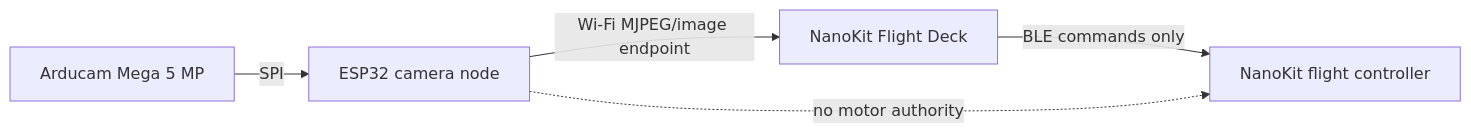
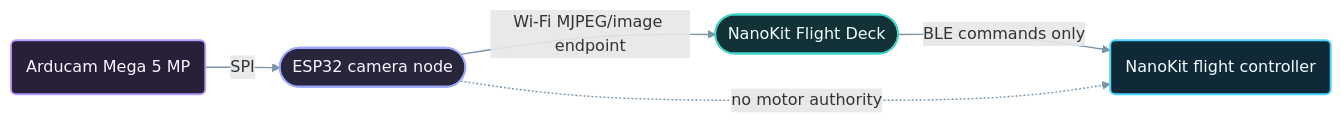
One commit to ProAmineOfficial/NanoKit-ESP32 changed the second of 2 diagrams in open_source_projects/nanokit_drone_4x_quadcopter/docs/Architecture.md. Above: the diagram before and after it, drawn with Mermaid. The commit also changed other lines of this file and 15 other files, not shown here.

Commit message:
docs: apply semantic Mermaid styling

````diff
--- a/open_source_projects/nanokit_drone_4x_quadcopter/docs/Architecture.md
+++ b/open_source_projects/nanokit_drone_4x_quadcopter/docs/Architecture.md
@@ -53,7 +65,17 @@
 ```mermaid
 flowchart LR
-  Camera["Arducam Mega 5 MP"] -->|"SPI"| CameraEsp["ESP32 camera node"]
-  CameraEsp -->|"Wi-Fi MJPEG/image endpoint"| Deck["NanoKit Flight Deck"]
-  Deck -->|"BLE commands only"| Flight["NanoKit flight controller"]
+  Camera("Arducam Mega 5 MP") -->|"SPI"| CameraEsp(["ESP32 camera node"])
+  CameraEsp -->|"Wi-Fi MJPEG/image endpoint"| Deck(["NanoKit Flight Deck"])
+  Deck -->|"BLE commands only"| Flight("NanoKit flight controller")
   CameraEsp -. "no motor authority" .-> Flight
+
+  classDef controller fill:#102936,stroke:#4dd4ff,stroke-width:2px,color:#f4fbff
+  classDef sensor fill:#282039,stroke:#b99bff,stroke-width:1.8px,color:#faf6ff
+  classDef external fill:#28263a,stroke:#9ea9ff,stroke-width:1.8px,color:#f7f6ff
+  classDef communication fill:#123237,stroke:#42d4c5,stroke-width:1.8px,color:#f2fffd
+  class Camera sensor
+  class CameraEsp external
+  class Deck communication
+  class Flight controller
+  linkStyle default stroke:#7894a5,stroke-width:1.4px
 ```
````
